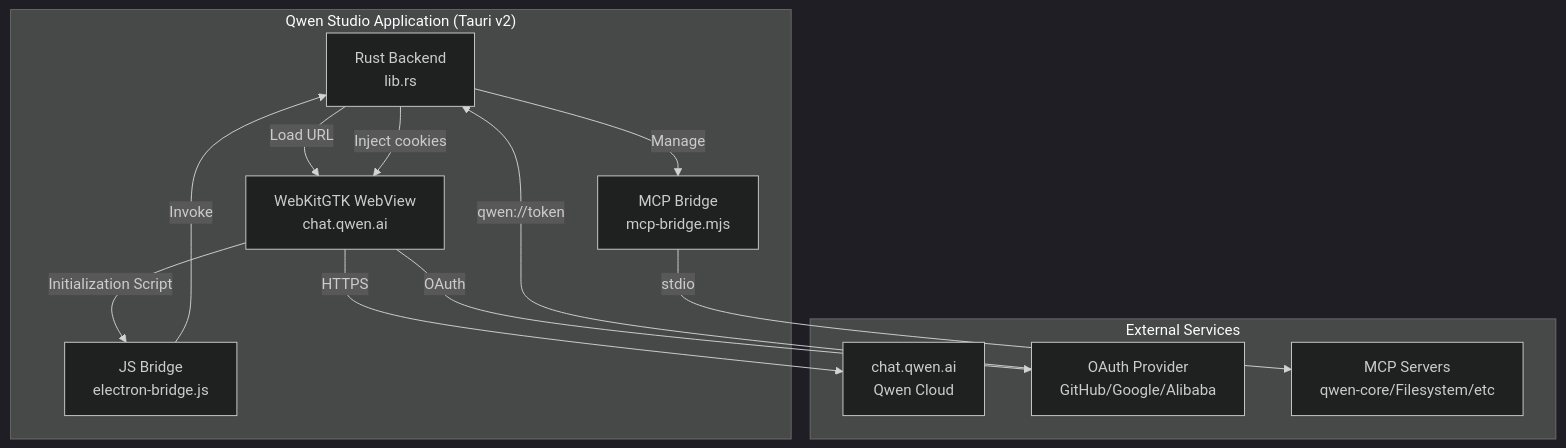
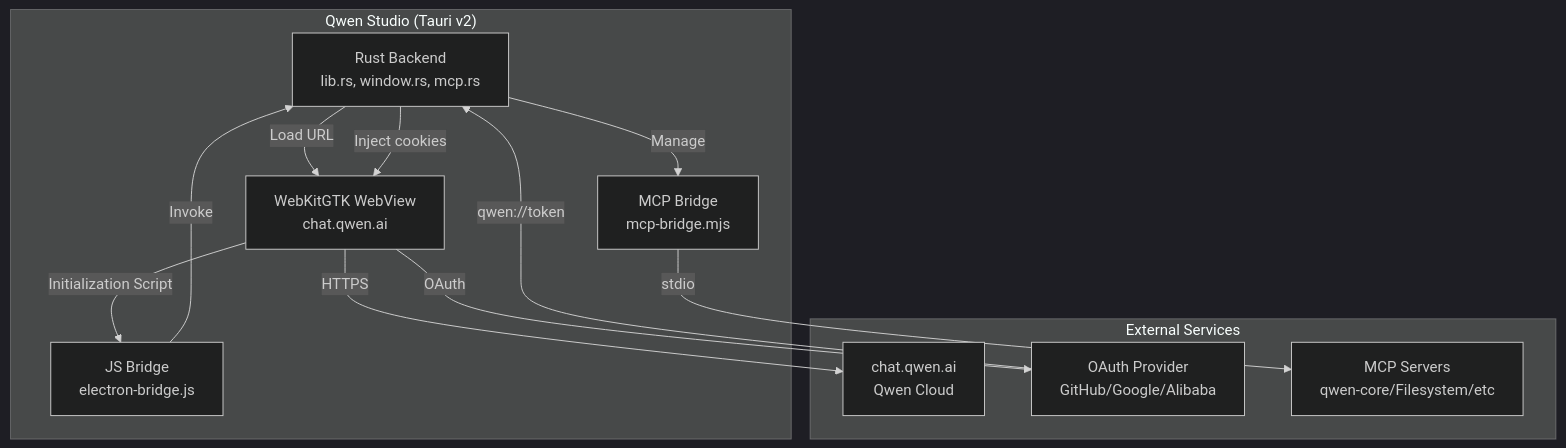
One commit to LeanBitLab/qwenLean changed the first of 2 diagrams in README.md. Above: the diagram before and after it, drawn with Mermaid (dark theme). The commit also changed other lines of this file and 11 other files, not shown here.

````diff
--- a/README.md
+++ b/README.md
@@ -63,25 +59,25 @@
 ```mermaid
 graph TB
-    subgraph QwenStudio["Qwen Studio Application (Tauri v2)"]
-        Rust[Rust Backend<br/>lib.rs]
+    subgraph QwenStudio["Qwen Studio (Tauri v2)"]
+        Rust[Rust Backend<br/>lib.rs, window.rs, mcp.rs]
         WebView[WebKitGTK WebView<br/>chat.qwen.ai]
         Bridge[JS Bridge<br/>electron-bridge.js]
         MCP[MCP Bridge<br/>mcp-bridge.mjs]
     end
 
     subgraph External["External Services"]
         Qwen[chat.qwen.ai<br/>Qwen Cloud]
         OAuth[OAuth Provider<br/>GitHub/Google/Alibaba]
         MCPS[MCP Servers<br/>qwen-core/Filesystem/etc]
     end
 
     Rust -->|Load URL| WebView
     WebView -->|Initialization Script| Bridge
     Bridge -->|Invoke| Rust
     Rust -->|Manage| MCP
     MCP -->|stdio| MCPS
     WebView -->|HTTPS| Qwen
     WebView -->|OAuth| OAuth
     OAuth -->|qwen://token| Rust
     Rust -->|Inject cookies| WebView
 ```
````
